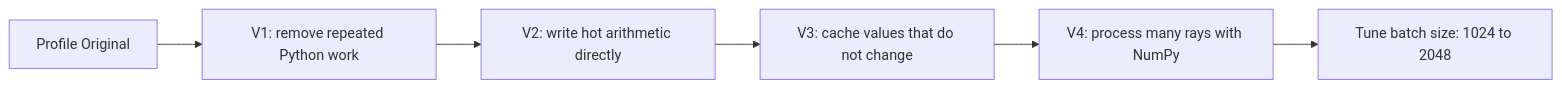
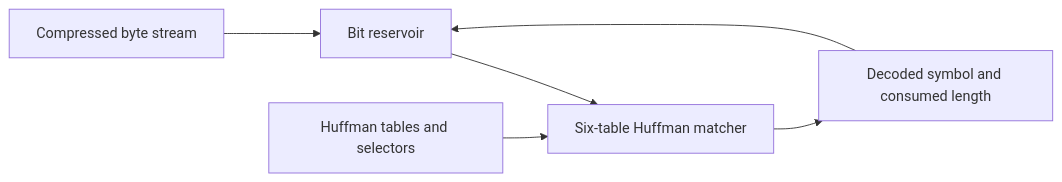
Before and after one commit to Tydox/Auxilary-Notes: the third of 3 diagrams in presentation_optimization_story - PYFLAT.md, drawn with Mermaid. The commit also changed other lines of this file, not shown here.

````diff
--- a/presentation_optimization_story - PYFLAT.md
+++ b/presentation_optimization_story - PYFLAT.md
@@ -74,8 +735,8 @@
 ```mermaid
 flowchart LR
-    A[Profile Original] --> B[V1: remove repeated Python work]
-    B --> C[V2: write hot arithmetic directly]
-    C --> D[V3: cache values that do not change]
-    D --> E[V4: process many rays with NumPy]
-    E --> F[Tune batch size: 1024 to 2048]
+    A[Compressed byte stream] --> B[Bit reservoir]
+    B --> C[Six-table Huffman matcher]
+    D[Huffman tables and selectors] --> C
+    C --> E[Decoded symbol and consumed length]
+    E --> B
 ```
````
